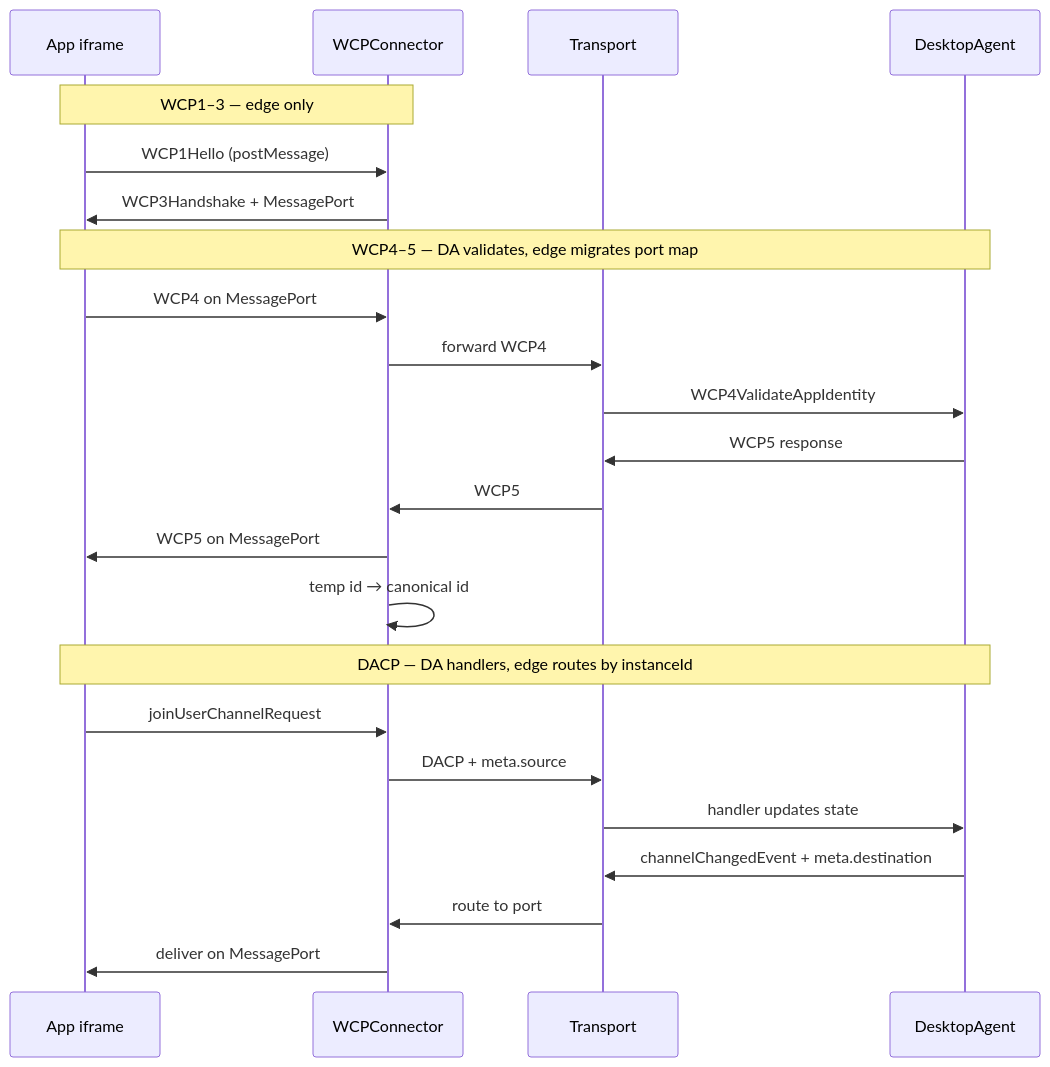
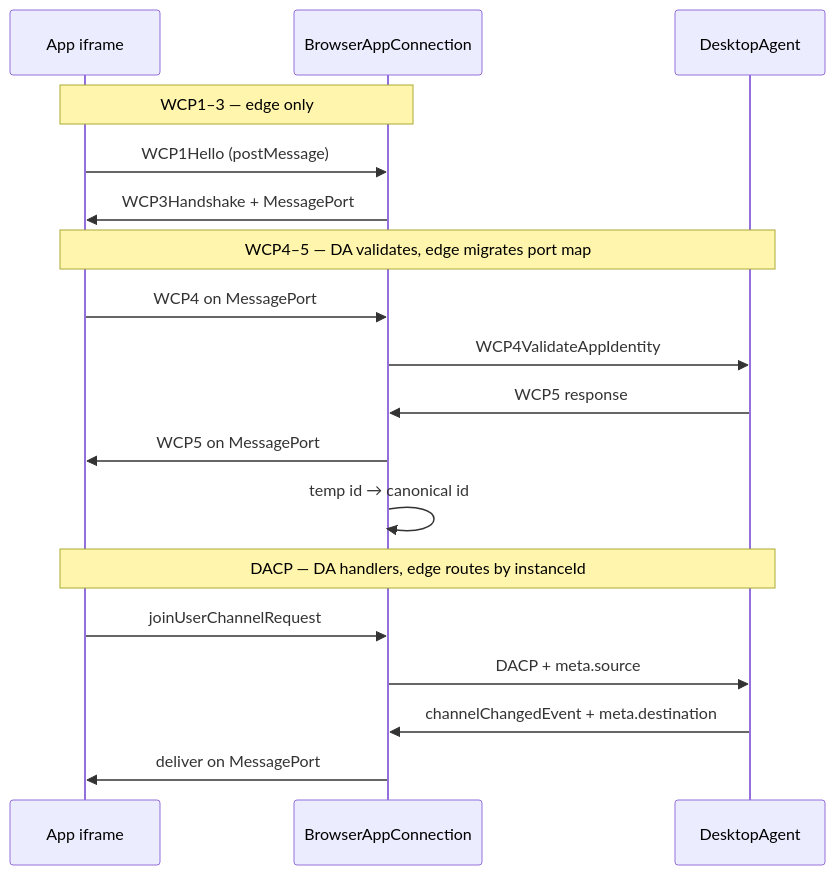
The fourth of 7 diagrams in website/docs/packages/desktop-agent/composition.md (SeeWhatsOn/FDC3-Sail), drawn with Mermaid before and after one commit. The commit also changed other lines of this file and 28 other files, not shown here.

````diff
--- a/website/docs/packages/desktop-agent/composition.md
+++ b/website/docs/packages/desktop-agent/composition.md
@@ -143,28 +128,23 @@
 ```mermaid
 sequenceDiagram
   participant App as App iframe
-  participant Edge as WCPConnector
-  participant Tr as Transport
+  participant Edge as BrowserAppConnection
   participant DA as DesktopAgent
 
   Note over App,Edge: WCP1–3 — edge only
   App->>Edge: WCP1Hello (postMessage)
   Edge->>App: WCP3Handshake + MessagePort
 
   Note over App,DA: WCP4–5 — DA validates, edge migrates port map
   App->>Edge: WCP4 on MessagePort
-  Edge->>Tr: forward WCP4
-  Tr->>DA: WCP4ValidateAppIdentity
-  DA->>Tr: WCP5 response
-  Tr->>Edge: WCP5
+  Edge->>DA: WCP4ValidateAppIdentity
+  DA->>Edge: WCP5 response
   Edge->>App: WCP5 on MessagePort
   Edge->>Edge: temp id → canonical id
 
   Note over App,DA: DACP — DA handlers, edge routes by instanceId
   App->>Edge: joinUserChannelRequest
-  Edge->>Tr: DACP + meta.source
-  Tr->>DA: handler updates state
-  DA->>Tr: channelChangedEvent + meta.destination
-  Tr->>Edge: route to port
+  Edge->>DA: DACP + meta.source
+  DA->>Edge: channelChangedEvent + meta.destination
   Edge->>App: deliver on MessagePort
 ```
````
